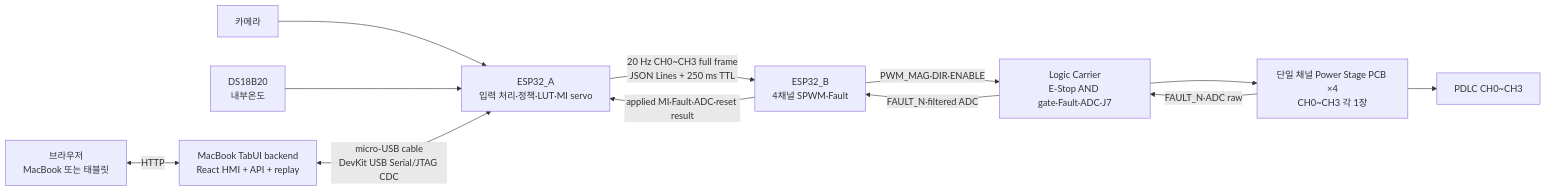
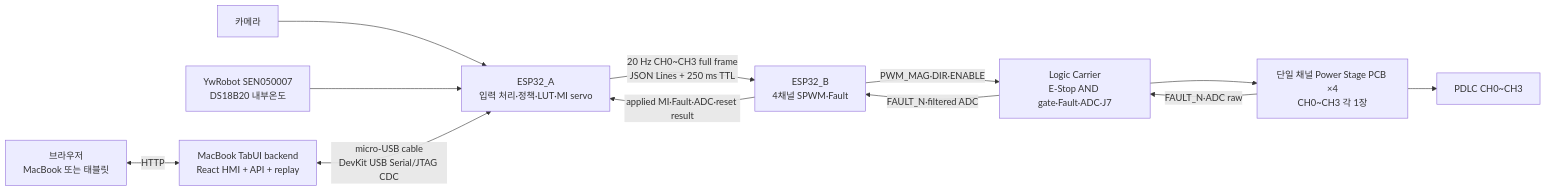
One commit to ifinalp0/2026ESWcontest_free_KUGLASS changed the diagram in README.md. Above: the diagram before and after it, drawn with Mermaid. The commit also changed other lines of this file and 34 other files, not shown here.

````diff
--- a/README.md
+++ b/README.md
@@ -9,14 +9,14 @@
 ```mermaid
 flowchart LR
     CAM[카메라] --> A[ESP32_A<br/>입력 처리·정책·LUT·MI servo]
-    TEMP[DS18B20<br/>내부온도] --> A
+    TEMP[YwRobot SEN050007<br/>DS18B20 내부온도] --> A
     A -->|20 Hz CH0~CH3 full frame<br/>JSON Lines + 250 ms TTL| B[ESP32_B<br/>4채널 SPWM·Fault]
     B -->|PWM_MAG·DIR·ENABLE| CARRIER[Logic Carrier<br/>E-Stop AND gate·Fault·ADC·J7]
     CARRIER --> POWER[단일 채널 Power Stage PCB ×4<br/>CH0~CH3 각 1장]
     POWER -->|FAULT_N·ADC raw| CARRIER
     CARRIER -->|FAULT_N·filtered ADC| B
     POWER --> PDLC[PDLC CH0~CH3]
     B -->|applied MI·Fault·ADC·reset result| A
     UI[브라우저<br/>MacBook 또는 태블릿] <-->|HTTP| TAB[MacBook TabUI backend<br/>React HMI + API + replay]
     TAB <-->|micro-USB cable<br/>DevKit USB Serial/JTAG CDC| A
 ```
````
